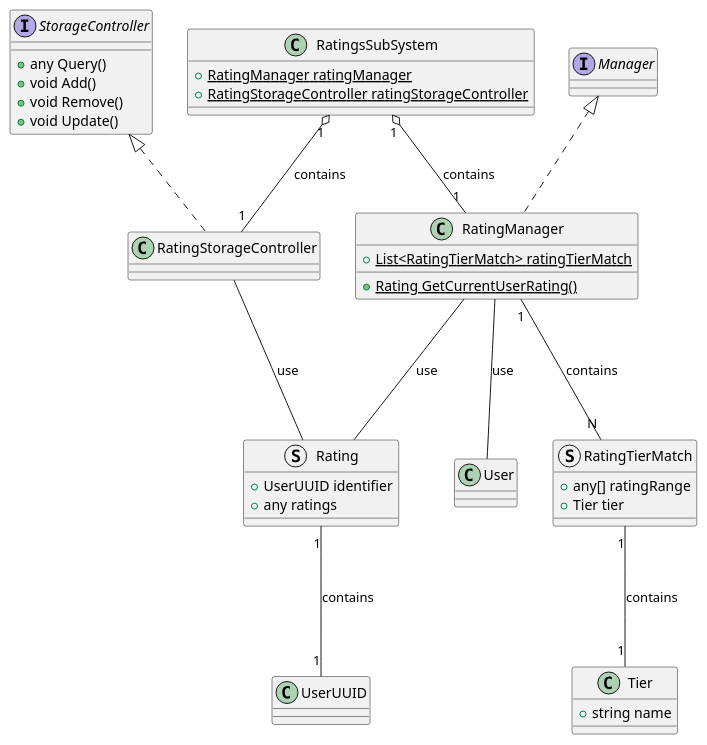
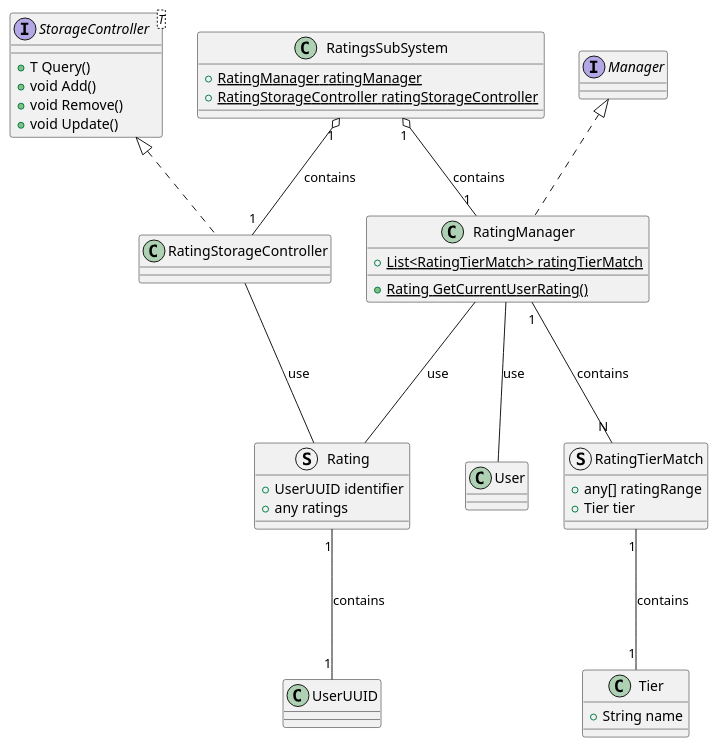
The diagram in src/Ratings.puml (ShapeLayer/se-lecture-task__project-structure-definitions), drawn with PlantUML before and after one commit. The commit also changed 19 other files, not shown here.

```diff
--- a/src/Ratings.puml
+++ b/src/Ratings.puml
@@ -1,45 +1,45 @@
 @startuml
 Interface Manager
-Interface StorageController {
-    + any Query()
+Interface StorageController<T> {
+    + T Query()
     + void Add()
     + void Remove()
     + void Update()
 }
 
 class Tier {
-    + string name
+    + String name
 }
 
 struct RatingTierMatch {
     + any[] ratingRange
     + Tier tier
 }
 RatingTierMatch "1" --- "1" Tier : contains
 
 struct Rating {
     + UserUUID identifier
     + any ratings
 }
 Rating "1" --- "1" UserUUID : contains
 
 class RatingManager implements Manager {
     + {static} List<RatingTierMatch> ratingTierMatch
     + {static} Rating GetCurrentUserRating()
 }
 RatingManager "1" --- "N" RatingTierMatch : contains
 RatingManager --- User : use
 RatingManager --- Rating : use
 
 class RatingStorageController implements StorageController {}
 RatingStorageController --- Rating : use
 
 class RatingsSubSystem {
     + {static} RatingManager ratingManager
     + {static} RatingStorageController ratingStorageController
 }
 
 RatingsSubSystem "1" o-- "1" RatingManager : contains
 RatingsSubSystem "1" o-- "1" RatingStorageController : contains
 
 @enduml
```
